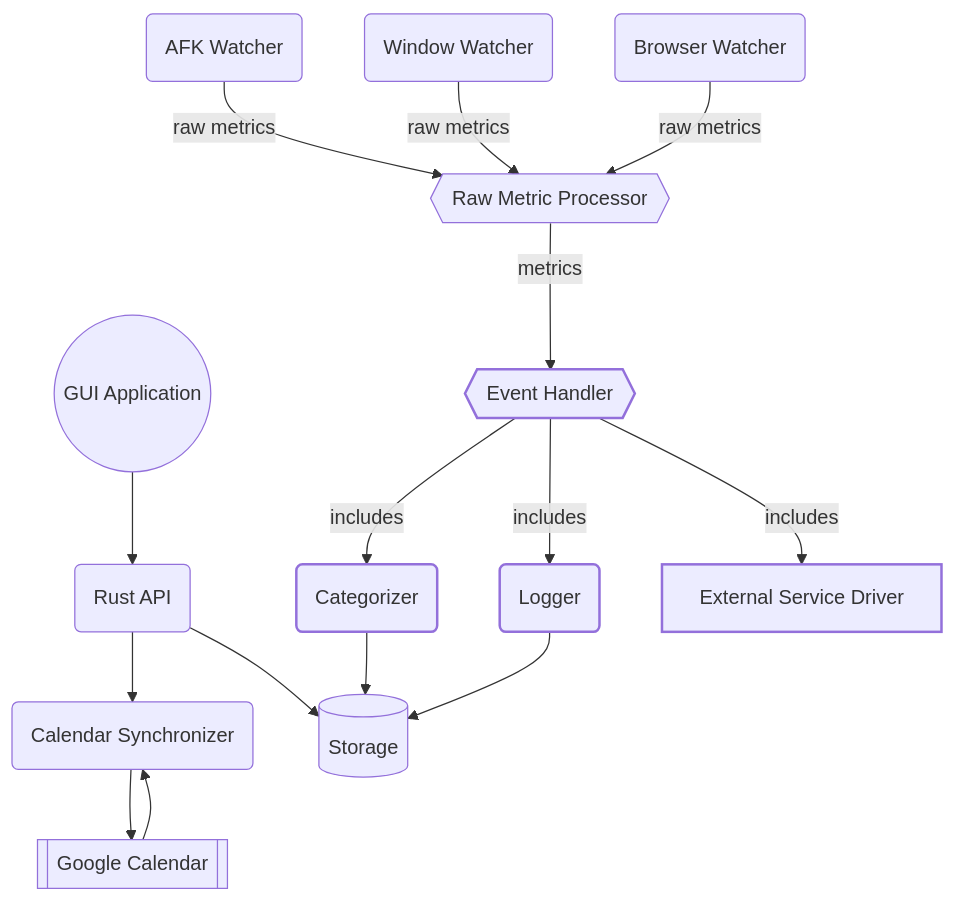
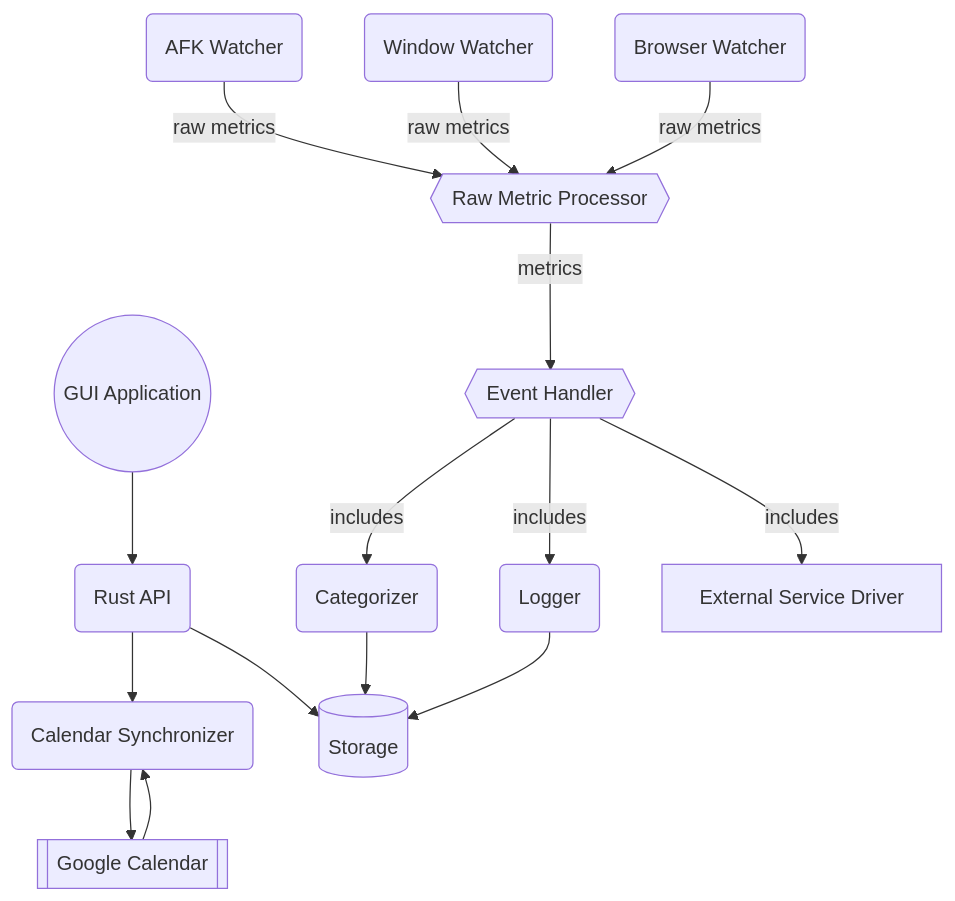
The diagram in docs/src/pages/architecture.md (TickLabVN/tpulse), drawn with Mermaid before and after one commit.

Commit message:
docs: remove redundant lines

````diff
--- a/docs/src/pages/architecture.md
+++ b/docs/src/pages/architecture.md
@@ -3,40 +3,36 @@
 ```mermaid
 graph TB
   API(Rust API)
   UI((GUI Application))
   AFKWatcher(AFK Watcher)
   WindowWatcher(Window Watcher)
   BrowserWatcher(Browser Watcher)
   CalendarSynchronizer(Calendar Synchronizer)
   GGCalendar[[Google Calendar]]
   DB[(Storage)]
   RawMetricProcessor{{Raw Metric Processor}}
   Categorizer(Categorizer)
   Logger(Logger)
   3RD[External Service Driver]
   EventHandler{{Event Handler}}
 
   AFKWatcher --raw metrics--> RawMetricProcessor
   WindowWatcher --raw metrics--> RawMetricProcessor
   BrowserWatcher --raw metrics--> RawMetricProcessor
 
   RawMetricProcessor --metrics--> EventHandler
 
   EventHandler --includes--> Categorizer 
   EventHandler --includes--> Logger
   EventHandler --includes--> 3RD
 
   CalendarSynchronizer --> GGCalendar
   GGCalendar --> CalendarSynchronizer
 
   API --> CalendarSynchronizer
 
   UI --> API
   Logger --> DB
   Categorizer --> DB
   API --> DB
-
-  classDef inheritance stroke-width:2px;
-  class ArrowHead inheritance;
-  class EventHandler,Categorizer,Logger,3RD inheritance;
 ```
````
